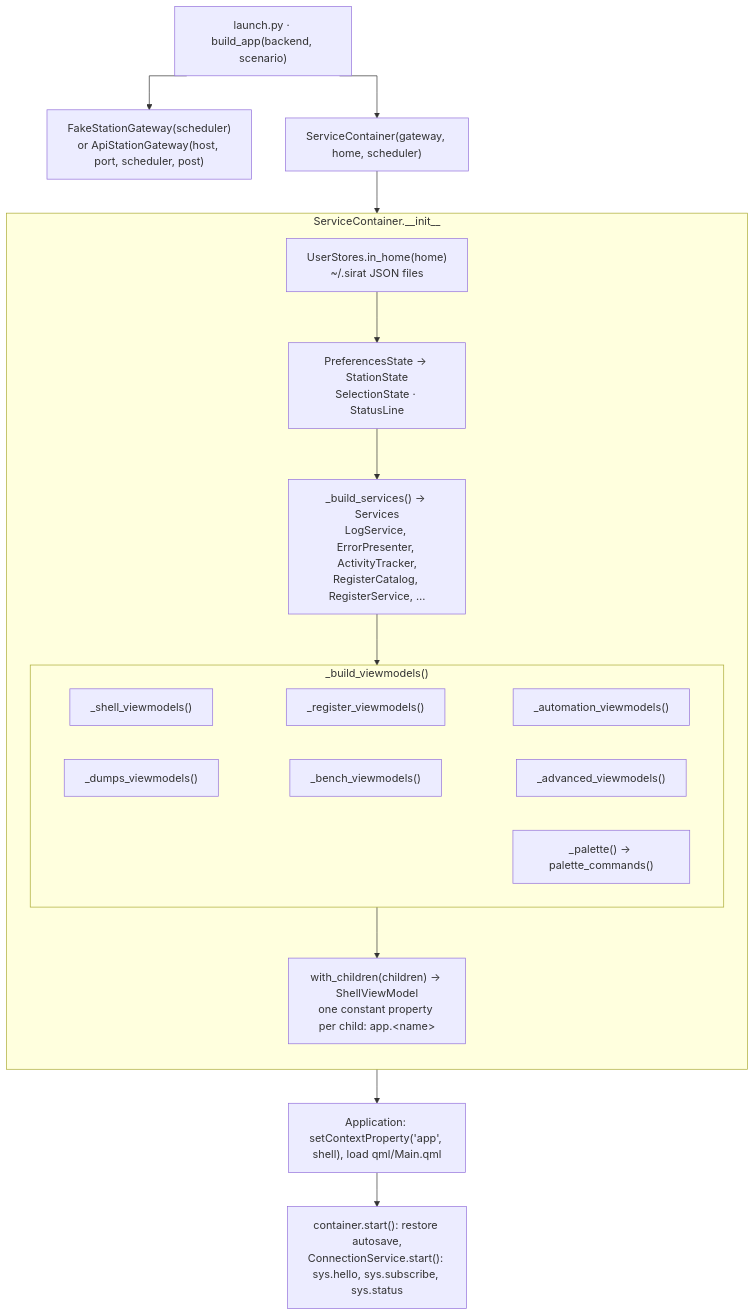
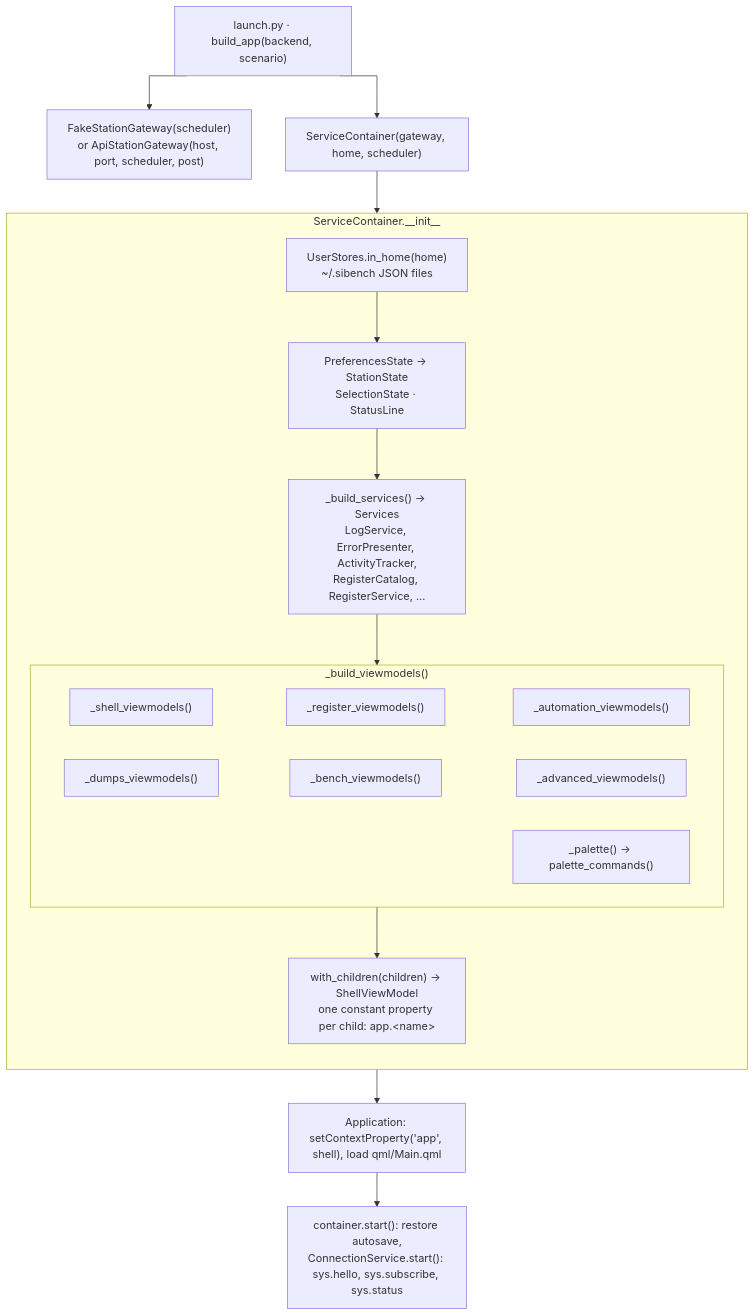
Before and after one commit to ShoyonK/sample_ui: the third of 30 diagrams in docs/ARCHITECTURE.md, drawn with Mermaid. The commit also changed other lines of this file and 597 other files, not shown here.

````diff
--- a/docs/ARCHITECTURE.md
+++ b/docs/ARCHITECTURE.md
@@ -99,23 +99,23 @@
 ```mermaid
 %%{init: {"flowchart": {"curve": "stepAfter"}}}%%
 flowchart TB
     launch["launch.py · build_app(backend, scenario)"] --> gw["FakeStationGateway(scheduler)<br/>or ApiStationGateway(host, port, scheduler, post)"]
     launch --> container["ServiceContainer(gateway, home, scheduler)"]
     subgraph init["ServiceContainer.__init__"]
         direction TB
-        stores["UserStores.in_home(home)<br/>~/.sirat JSON files"]
+        stores["UserStores.in_home(home)<br/>~/.sibench JSON files"]
         st["PreferencesState → StationState<br/>SelectionState · StatusLine"]
         services["_build_services() → Services<br/>LogService, ErrorPresenter, ActivityTracker,<br/>RegisterCatalog, RegisterService, …"]
         subgraph vms["_build_viewmodels()"]
             direction LR
             a1["_shell_viewmodels()"] ~~~ a2["_register_viewmodels()"] ~~~ a3["_automation_viewmodels()"]
             a4["_dumps_viewmodels()"] ~~~ a5["_bench_viewmodels()"] ~~~ a6["_advanced_viewmodels()"]
             pal["_palette() → palette_commands()"]
         end
         shell["with_children(children) → ShellViewModel<br/>one constant property per child: app.&lt;name&gt;"]
         stores --> st --> services --> vms --> shell
     end
     container --> init
     shell --> app["Application: setContextProperty('app', shell), load qml/Main.qml"]
     app --> start["container.start(): restore autosave,<br/>ConnectionService.start(): sys.hello, sys.subscribe, sys.status"]
 ```
````
